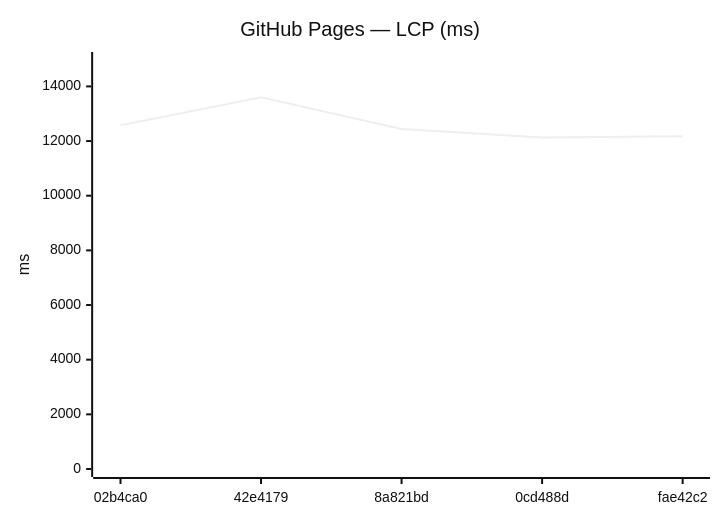
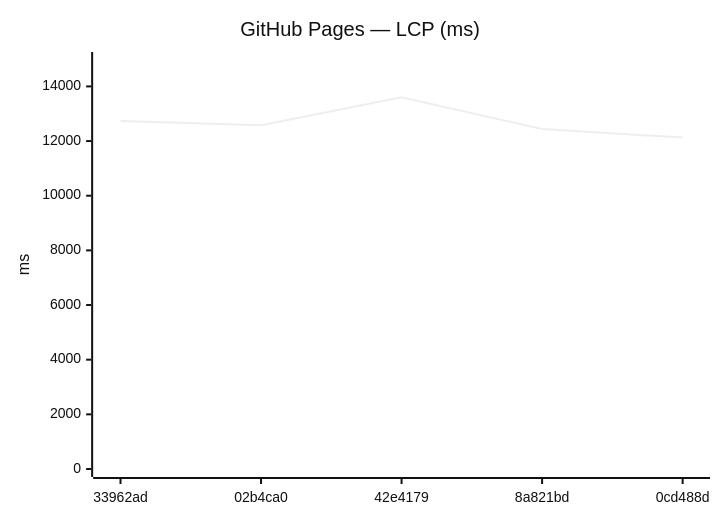
The ninth of 18 diagrams in benchmarks/compare.md (Metaheurist/Rianell), drawn with Mermaid (neutral theme) before and after one commit. The commit also changed other lines of this file and 11 other files, not shown here.

````diff
--- a/benchmarks/compare.md
+++ b/benchmarks/compare.md
@@ -142,7 +142,7 @@
 ```mermaid
 xychart-beta
     title "GitHub Pages — LCP (ms)"
-    x-axis ["02b4ca0", "42e4179", "8a821bd", "0cd488d", "fae42c2"]
+    x-axis ["33962ad", "02b4ca0", "42e4179", "8a821bd", "0cd488d"]
     y-axis "ms" 0 --> 14966
-    line [12578, 13605, 12438, 12126, 12180]
+    line [12738, 12578, 13605, 12438, 12126]
 ```
````
